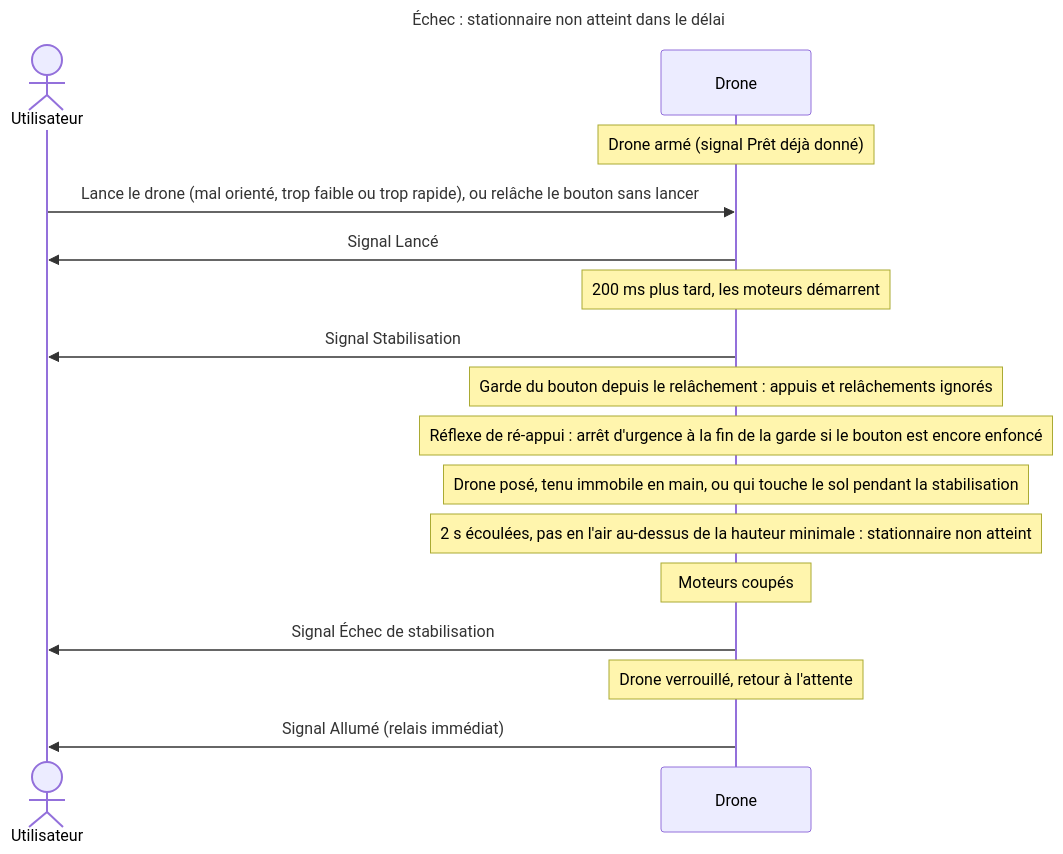
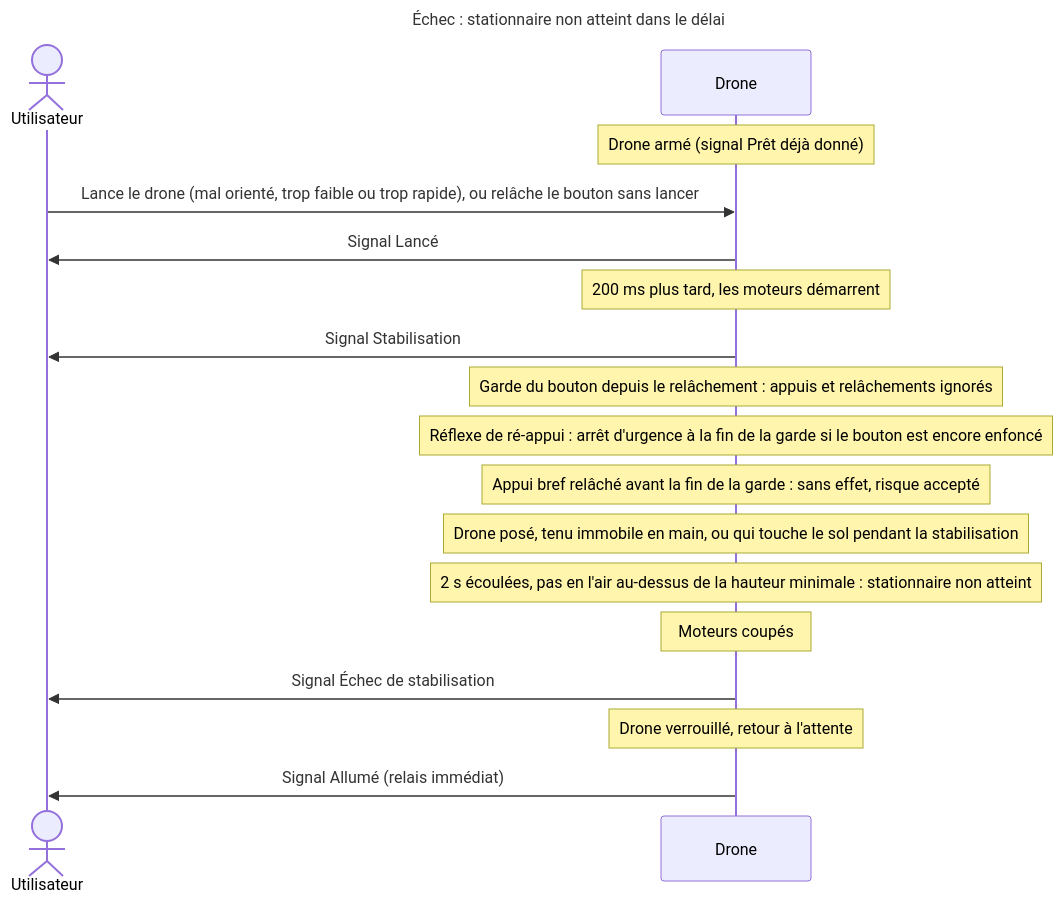
Before and after one commit to thourymatthieu-png/coworker_archi_system: the sixth of 16 diagrams in projets/boomrone/00-scenarios.md, drawn with Mermaid. The commit also changed other lines of this file and 7 other files, not shown here.

````diff
--- a/projets/boomrone/00-scenarios.md
+++ b/projets/boomrone/00-scenarios.md
@@ -450,21 +479,22 @@
 ```mermaid
 ---
 title: "Échec : stationnaire non atteint dans le délai"
 ---
 sequenceDiagram
     actor U as Utilisateur
     participant D as Drone
     Note over D: Drone armé (signal Prêt déjà donné)
     U->>D: Lance le drone (mal orienté, trop faible ou trop rapide), ou relâche le bouton sans lancer
     D->>U: Signal Lancé
     Note over D: 200 ms plus tard, les moteurs démarrent
     D->>U: Signal Stabilisation
     Note over D: Garde du bouton depuis le relâchement : appuis et relâchements ignorés
     Note over D: Réflexe de ré-appui : arrêt d'urgence à la fin de la garde si le bouton est encore enfoncé
+    Note over D: Appui bref relâché avant la fin de la garde : sans effet, risque accepté
     Note over D: Drone posé, tenu immobile en main, ou qui touche le sol pendant la stabilisation
     Note over D: 2 s écoulées, pas en l'air au-dessus de la hauteur minimale : stationnaire non atteint
     Note over D: Moteurs coupés
     D->>U: Signal Échec de stabilisation
     Note over D: Drone verrouillé, retour à l'attente
     D->>U: Signal Allumé (relais immédiat)
 ```
````
